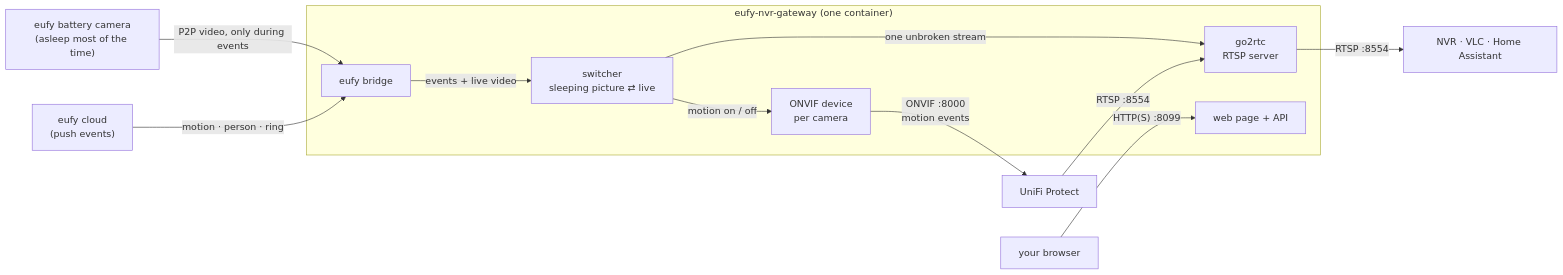
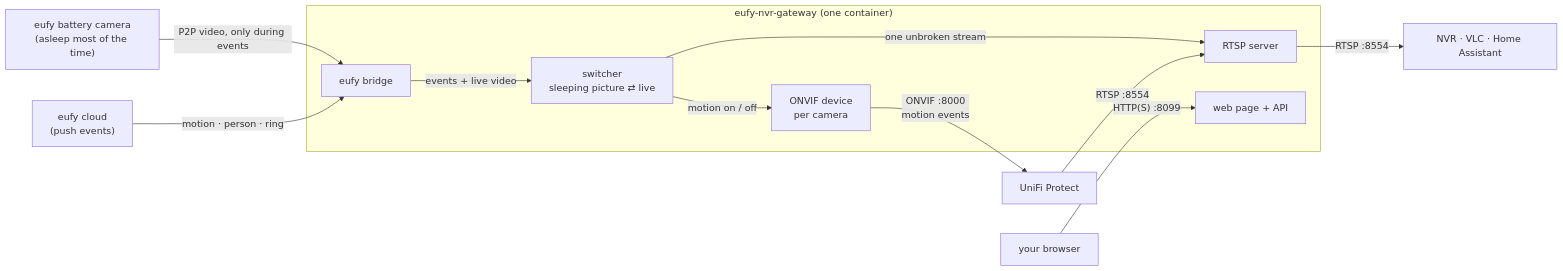
Before and after one commit to dbanky/eufy-nvr-gateway: the diagram in README.md, drawn with Mermaid. The commit also changed other lines of this file and 18 other files, not shown here.

````diff
--- a/README.md
+++ b/README.md
@@ -26,15 +26,15 @@
 ```mermaid
 flowchart LR
   cam["eufy battery camera<br>(asleep most of the time)"] -- "P2P video, only during events" --> bridge
   cloud["eufy cloud<br>(push events)"] -- "motion · person · ring" --> bridge
   subgraph container ["eufy-nvr-gateway (one container)"]
     bridge["eufy bridge"] -- "events + live video" --> switcher["switcher<br>sleeping picture ⇄ live"]
-    switcher -- "one unbroken stream" --> go2rtc["go2rtc<br>RTSP server"]
+    switcher -- "one unbroken stream" --> rtsp["RTSP server"]
     switcher -- "motion on / off" --> onvif["ONVIF device<br>per camera"]
     web["web page + API"]
   end
-  go2rtc -- "RTSP :8554" --> nvr["NVR · VLC · Home Assistant"]
+  rtsp -- "RTSP :8554" --> nvr["NVR · VLC · Home Assistant"]
   onvif -- "ONVIF :8000<br>motion events" --> protect["UniFi Protect"]
-  protect -- "RTSP :8554" --> go2rtc
+  protect -- "RTSP :8554" --> rtsp
   browser["your browser"] -- "HTTP(S) :8099" --> web
 ```
````
